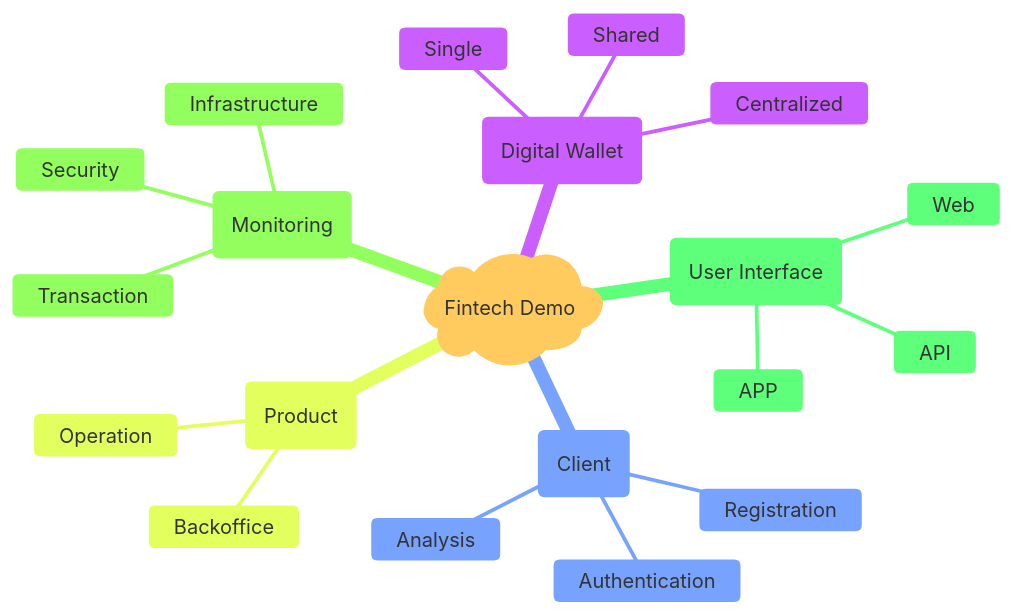
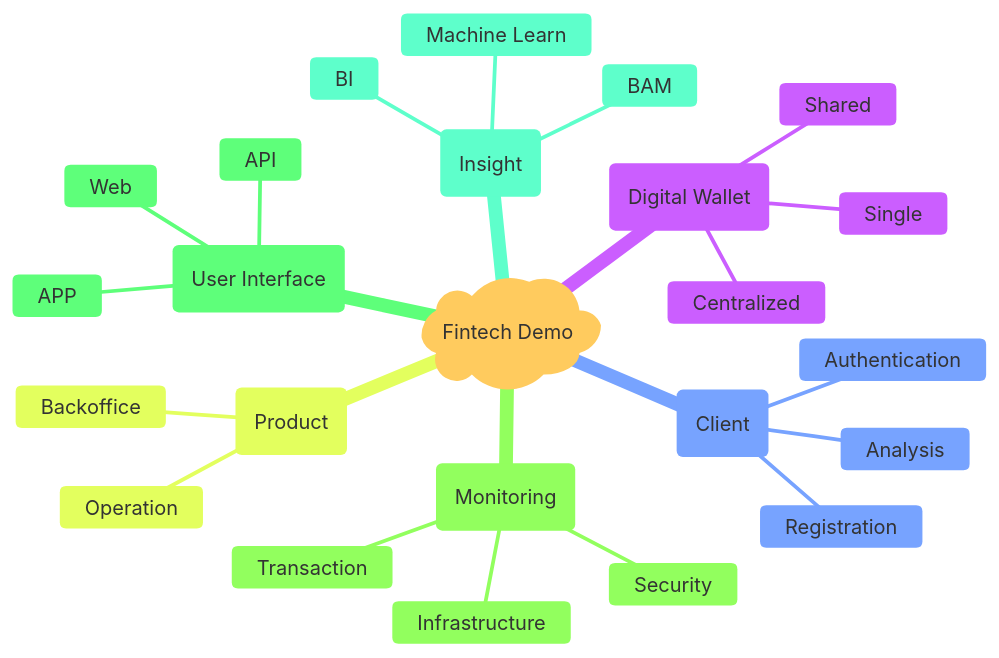
Before and after one commit to cowex-demo/codex-demo.github.io: the diagram in docs/index.md, drawn with Mermaid.

Commit message:
add insight to mindmap

````diff
--- a/docs/index.md
+++ b/docs/index.md
@@ -7,25 +7,30 @@
 ```mermaid
 %%{ init: {'theme': 'base'} }%%
 %%{ init:{'themeCSS':'path { fill: #ffee57 !important; stroke: #b8a500; }; rect { fill: #ffee57 !important; stroke: #b8a500; }; .edge { stroke: #ffee57  !important; }; line { stroke: #b8a500  !important; }; '} }%%
 mindmap
     )Fintech Demo(
         (Digital Wallet)
           Single
           Shared
           Centralized 
         (Client)
           Registration
           Analysis
           Authentication
         (Product)
           Operation
           Backoffice
         (Monitoring)
           Transaction
           Infrastructure
           Security
         (User Interface)
           APP
           Web
           API 
+        (Insight)
+          Machine Learn
+          BAM
+          BI
+
 ```
````
